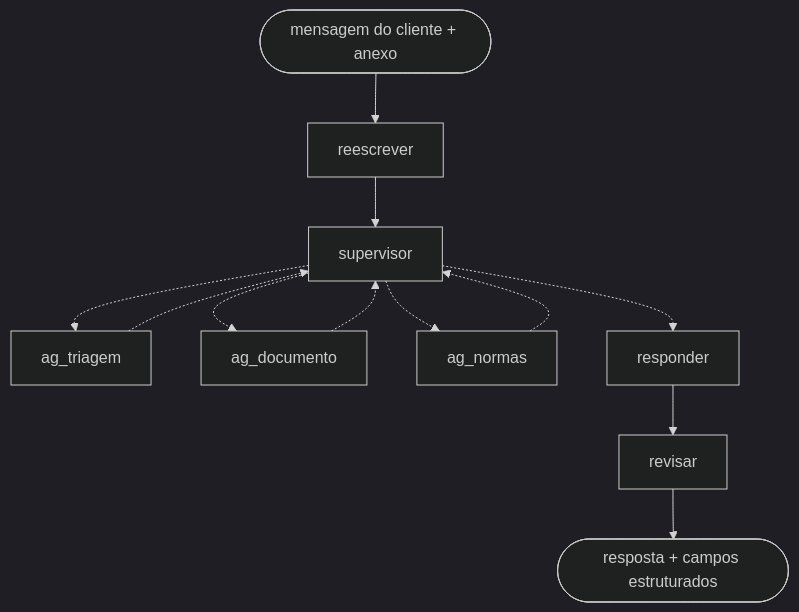
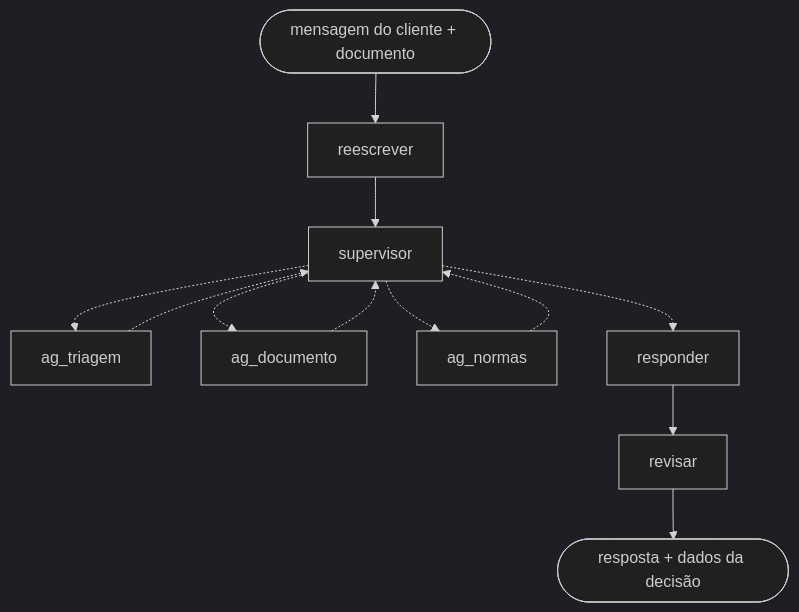
Before and after one commit to petjn/bootcamp-agente-reembolso: the diagram in README.md, drawn with Mermaid (dark theme). The commit also changed other lines of this file and 150 other files, not shown here.

````diff
--- a/README.md
+++ b/README.md
@@ -44,14 +46,14 @@
 ```mermaid
 graph TD
-    start([mensagem do cliente + anexo]) --> reescrever
+    start([mensagem do cliente + documento]) --> reescrever
     reescrever --> supervisor
     supervisor -.-> ag_triagem
     supervisor -.-> ag_documento
     supervisor -.-> ag_normas
     ag_triagem -.-> supervisor
     ag_documento -.-> supervisor
     ag_normas -.-> supervisor
     supervisor -.-> responder
     responder --> revisar
-    revisar --> fim([resposta + campos estruturados])
+    revisar --> fim([resposta + dados da decisão])
 ```
````
